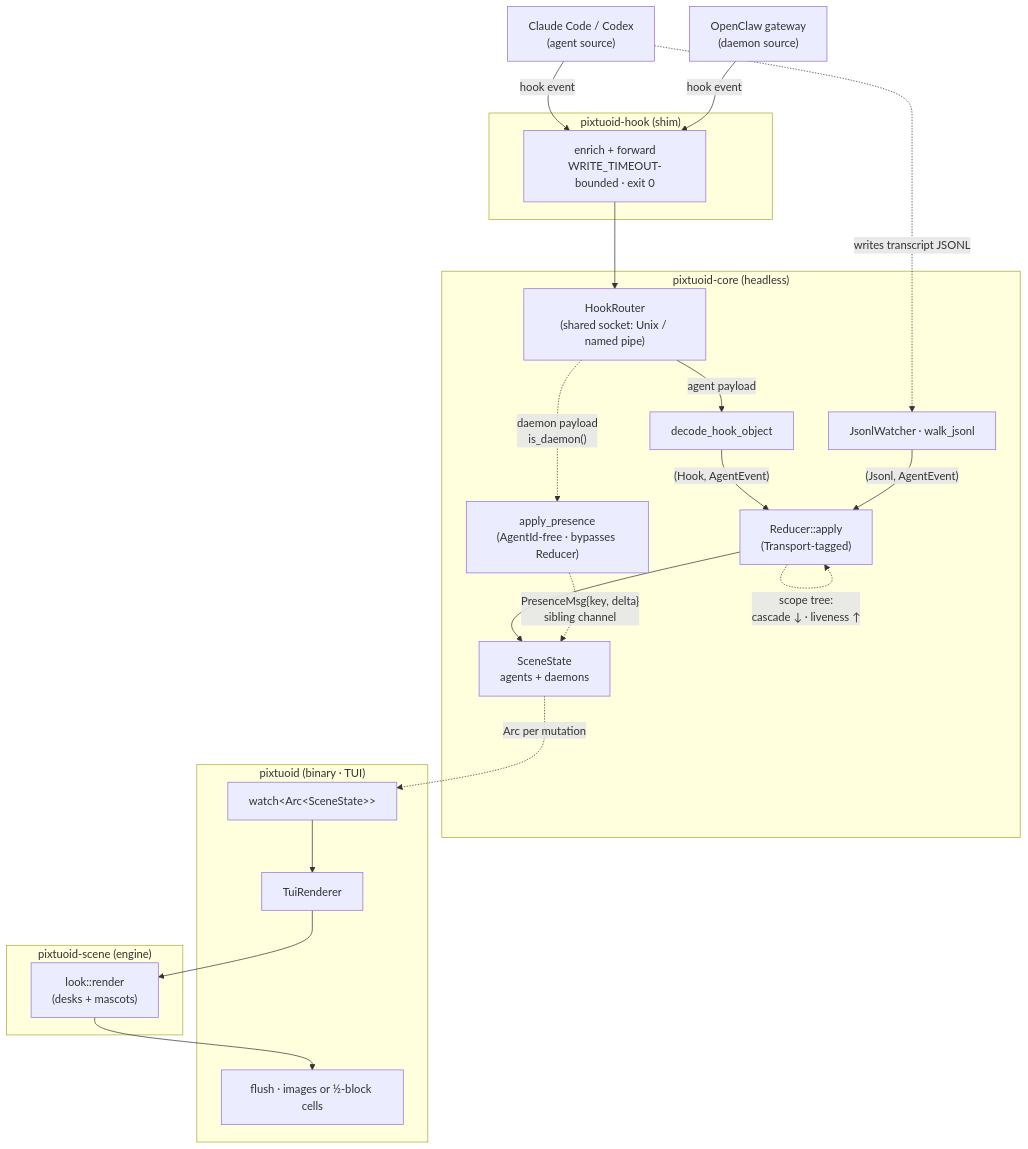
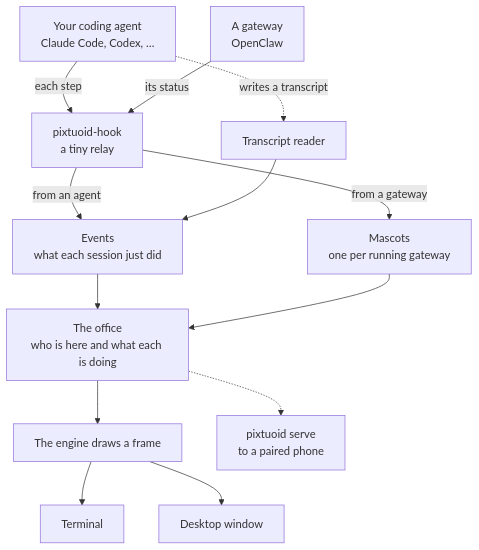
Before and after one commit to pixtuoid/pixtuoid: the diagram in docs/ARCHITECTURE.md, drawn with Mermaid.

Commit message:
docs: ARCHITECTURE.md's data-flow diagram in plain words
The owner, a developer, found the diagram unreadable: every node was a
type or function name. It now shows how a session becomes a sprite in
the words a visitor uses, and the code names stay in the walkthrough
below it, where a contributor reads them.

Claude-Session: https://claude.ai/code/session_016RwXvvrCYCaVB3ZepeKVKL

````diff
--- a/docs/ARCHITECTURE.md
+++ b/docs/ARCHITECTURE.md
@@ -48,45 +48,25 @@
 ```mermaid
 flowchart TB
-  accTitle: pixtuoid data flow
-  accDescr: A hook or transcript event flows from a coding agent (Claude Code, Codex) through the pixtuoid-hook shim into pixtuoid-core, where a HookRouter demuxes agent payloads to the Transport-tagged reducer and SceneState.agents. A daemon gateway (OpenClaw) shares the same shim and socket but is routed instead to apply_presence and SceneState.daemons over a sibling channel that bypasses the reducer. The pixtuoid TUI renderer then paints the whole scene through the pixtuoid-scene engine's terminal-agnostic pixel pass and flushes it as terminal images where the terminal draws them, else as half-block cells.
-  CC["Claude Code / Codex<br/>(agent source)"]
-  OC["OpenClaw gateway<br/>(daemon source)"]
-
-  subgraph hook["pixtuoid-hook (shim)"]
-    SH["enrich + forward<br/>WRITE_TIMEOUT-bounded · exit 0"]
-  end
-
-  subgraph core["pixtuoid-core (headless)"]
-    L["HookRouter<br/>(shared socket: Unix / named pipe)"]
-    D["decode_hook_object"]
-    J["JsonlWatcher · walk_jsonl"]
-    R["Reducer::apply<br/>(Transport-tagged)"]
-    AP["apply_presence<br/>(AgentId-free · bypasses Reducer)"]
-    S["SceneState<br/>agents + daemons"]
-    L -->|agent payload| D
-    L -.->|"daemon payload<br/>is_daemon()"| AP
-    D -->|"(Hook, AgentEvent)"| R
-    J -->|"(Jsonl, AgentEvent)"| R
-    R --> S
-    AP -.->|"PresenceMsg{key, delta}<br/>sibling channel"| S
-    R -.->|"scope tree:<br/>cascade ↓ · liveness ↑"| R
-  end
-
-  subgraph bin["pixtuoid (binary · TUI)"]
-    W["watch&lt;Arc&lt;SceneState&gt;&gt;"]
-    TR["TuiRenderer"]
-    FL["flush · images or ½-block cells"]
-  end
-
-  subgraph scene["pixtuoid-scene (engine)"]
-    PX["look::render<br/>(desks + mascots)"]
-  end
-
-  W --> TR --> PX --> FL
-
-  CC -->|hook event| SH
-  OC -->|hook event| SH
-  SH --> L
-  CC -.->|writes transcript JSONL| J
-  S -. Arc per mutation .-> W
+  accTitle: How a coding session becomes a sprite
+  accDescr: Your coding agent reports each step through pixtuoid-hook, a tiny relay, and pixtuoid also reads the transcript the agent writes. Both become events that update one picture of the office, who is there and what each is doing, which the engine draws in the terminal or a desktop window; pixtuoid serve can send it to a paired phone. A gateway such as OpenClaw reports through the same relay and shows up as a wandering mascot instead of a desk.
+  AG["Your coding agent<br/>Claude Code, Codex, …"]
+  GW["A gateway<br/>OpenClaw"]
+  HK["pixtuoid-hook<br/>a tiny relay"]
+  TR["Transcript reader"]
+  EV["Events<br/>what each session just did"]
+  MS["Mascots<br/>one per running gateway"]
+  ST["The office<br/>who is here and what each is doing"]
+  EN["The engine draws a frame"]
+  AG -->|each step| HK
+  AG -.->|writes a transcript| TR
+  GW -->|its status| HK
+  HK -->|from an agent| EV
+  HK -->|from a gateway| MS
+  TR --> EV
+  EV --> ST
+  MS --> ST
+  ST --> EN
+  EN --> T1["Terminal"]
+  EN --> T2["Desktop window"]
+  ST -.-> SV["pixtuoid serve<br/>to a paired phone"]
 ```
````
